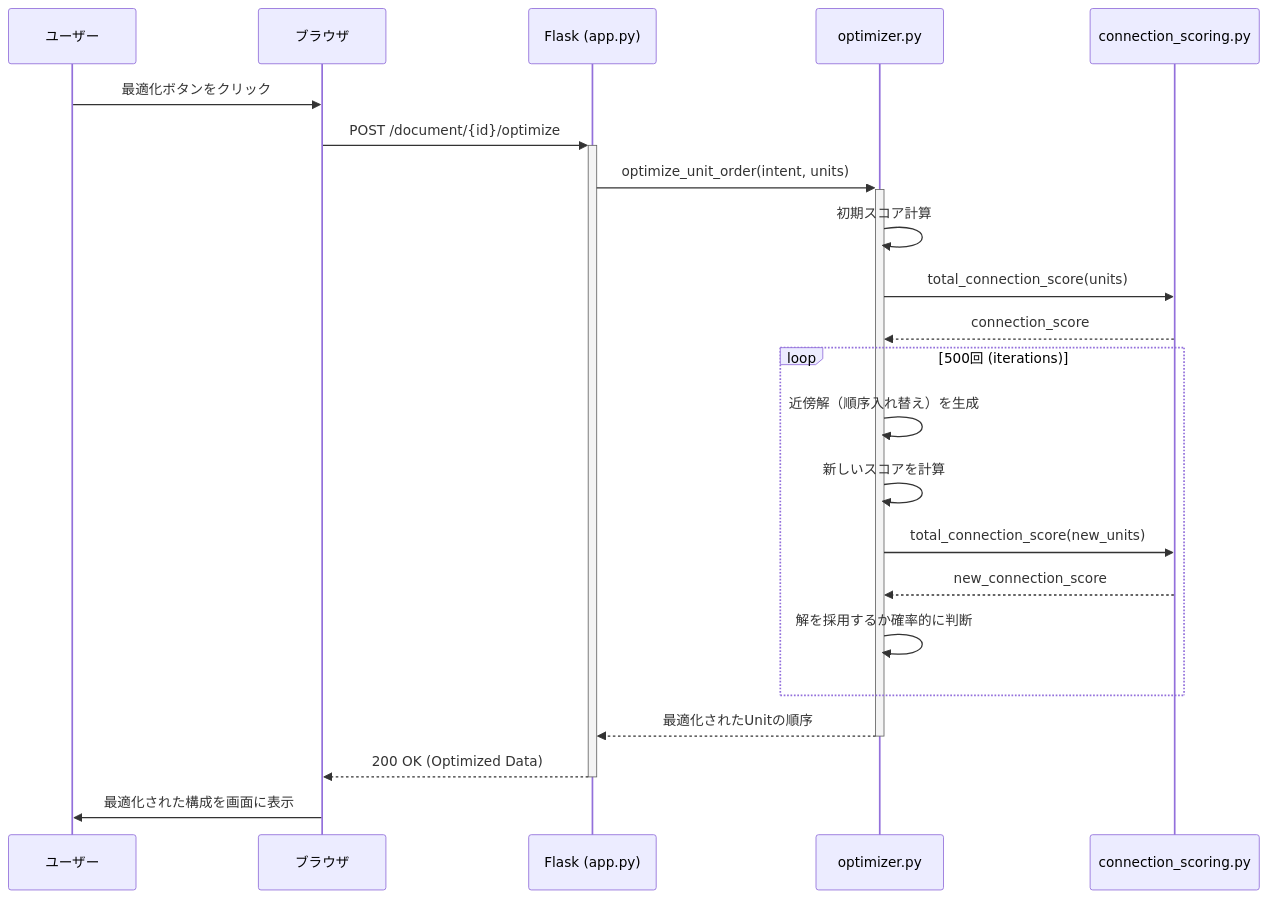
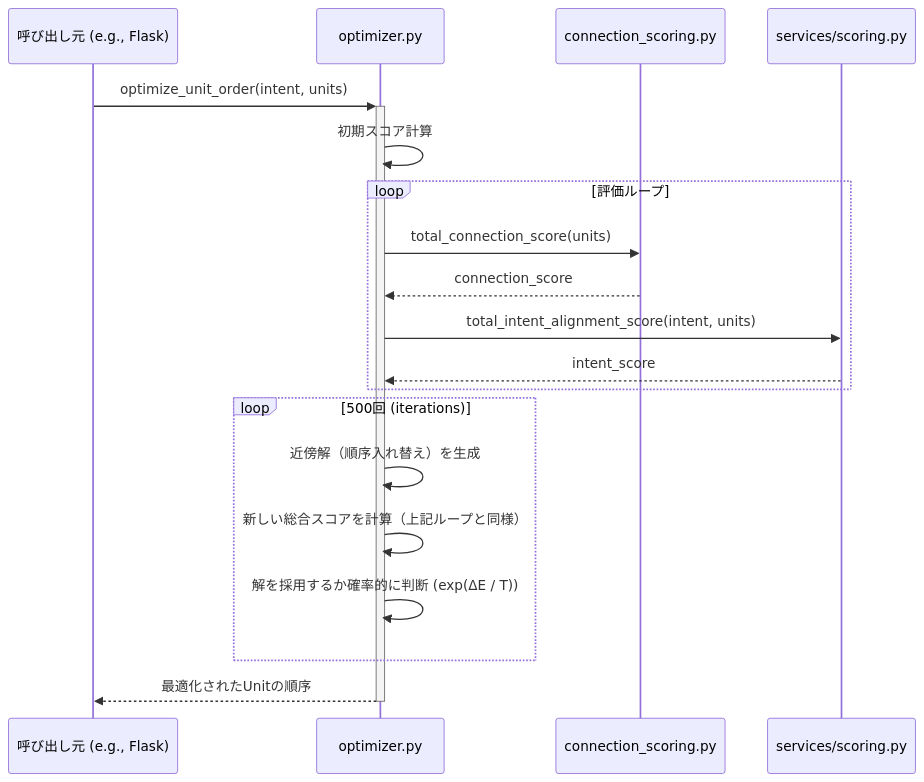
One commit to plainpineq/otsumonogatari changed the third of 3 diagrams in system_design_document.md. Above: the diagram before and after it, drawn with Mermaid. The commit also changed other lines of this file, not shown here.

````diff
--- a/system_design_document.md
+++ b/system_design_document.md
@@ -244,27 +228,24 @@
 ```mermaid
 sequenceDiagram
-    participant User as ユーザー
-    participant Browser as ブラウザ
-    participant Flask as Flask (app.py)
+    participant Requester as 呼び出し元 (e.g., Flask)
     participant Optimizer as optimizer.py
     participant Scorer as connection_scoring.py
+    participant IntentScorer as services/scoring.py
 
-    User->>Browser: 最適化ボタンをクリック
-    Browser->>+Flask: POST /document/{id}/optimize
-    Flask->>+Optimizer: optimize_unit_order(intent, units)
+    Requester->>+Optimizer: optimize_unit_order(intent, units)
     Optimizer->>Optimizer: 初期スコア計算
-    Optimizer->>Scorer: total_connection_score(units)
-    Scorer-->>Optimizer: connection_score
+    loop 評価ループ
+        Optimizer->>Scorer: total_connection_score(units)
+        Scorer-->>Optimizer: connection_score
+        Optimizer->>IntentScorer: total_intent_alignment_score(intent, units)
+        IntentScorer-->>Optimizer: intent_score
+    end
     
     loop 500回 (iterations)
         Optimizer->>Optimizer: 近傍解（順序入れ替え）を生成
-        Optimizer->>Optimizer: 新しいスコアを計算
-        Optimizer->>Scorer: total_connection_score(new_units)
-        Scorer-->>Optimizer: new_connection_score
-        Optimizer->>Optimizer: 解を採用するか確率的に判断
+        Optimizer->>Optimizer: 新しい総合スコアを計算（上記ループと同様）
+        Optimizer->>Optimizer: 解を採用するか確率的に判断 (exp(ΔE / T))
     end
 
-    Optimizer-->>-Flask: 最適化されたUnitの順序
-    Flask-->>-Browser: 200 OK (Optimized Data)
-    Browser->>User: 最適化された構成を画面に表示
+    Optimizer-->>-Requester: 最適化されたUnitの順序
 ```
````
